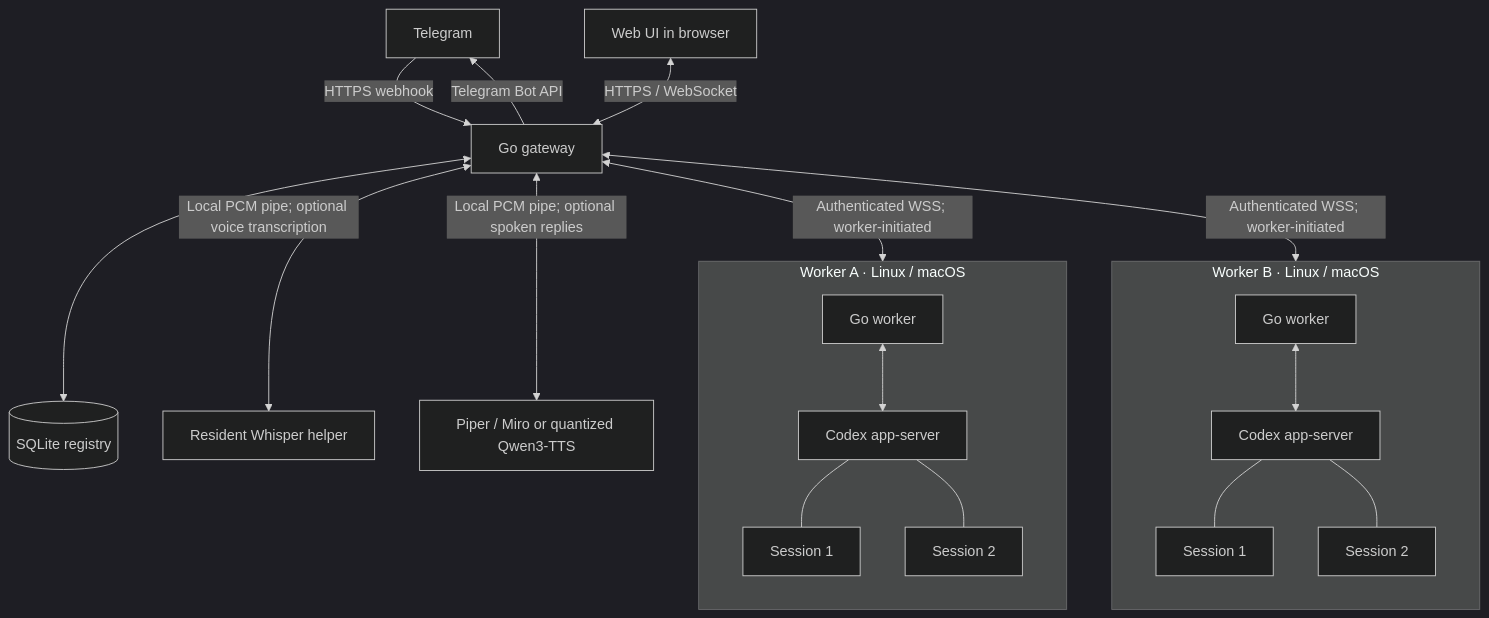
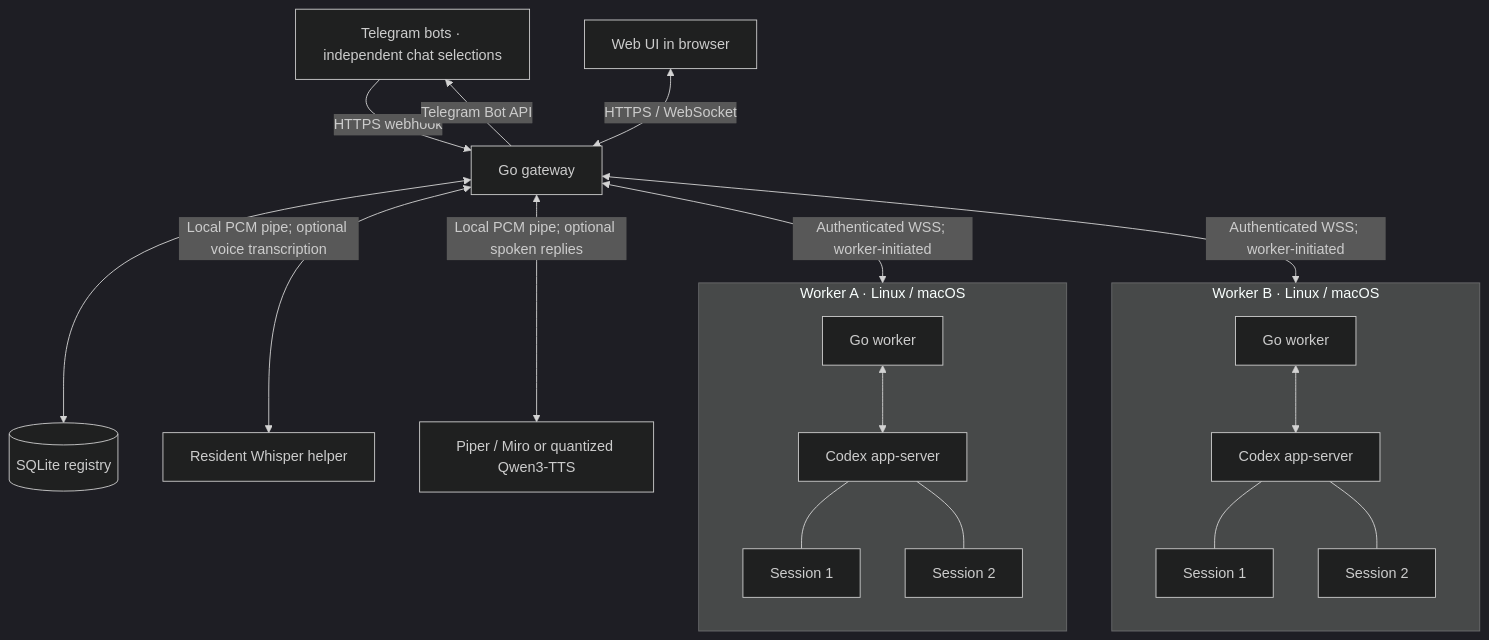
Before and after one commit to arizzi74/Codex-Telegram-Gateway: the diagram in README.md, drawn with Mermaid (dark theme). The commit also changed other lines of this file and 43 other files, not shown here.

Commit message:
Support connecting and creating multiple Telegram bots

````diff
--- a/README.md
+++ b/README.md
@@ -24,39 +29,39 @@
 ```mermaid
 flowchart TB
-  telegram["Telegram"]
+  telegram["Telegram bots · independent chat selections"]
   browser["Web UI in browser"]
   gateway["Go gateway"]
   registry[("SQLite registry")]
 
   telegram -->|"HTTPS webhook"| gateway
   gateway -->|"Telegram Bot API"| telegram
   browser <-->|"HTTPS / WebSocket"| gateway
   gateway <--> registry
   gateway <-->|"Local PCM pipe; optional voice transcription"| whisper["Resident Whisper helper"]
   gateway <-->|"Local PCM pipe; optional spoken replies"| speech["Piper / Miro or quantized Qwen3-TTS"]
 
   subgraph machine_a["Worker A · Linux / macOS"]
     direction TB
     worker_a["Go worker"]
     codex_a["Codex app-server"]
     session_a1["Session 1"]
     session_a2["Session 2"]
     worker_a <--> codex_a
     codex_a --- session_a1
     codex_a --- session_a2
   end
 
   subgraph machine_b["Worker B · Linux / macOS"]
     direction TB
     worker_b["Go worker"]
     codex_b["Codex app-server"]
     session_b1["Session 1"]
     session_b2["Session 2"]
     worker_b <--> codex_b
     codex_b --- session_b1
     codex_b --- session_b2
   end
 
   gateway <-->|"Authenticated WSS; worker-initiated"| machine_a
   gateway <-->|"Authenticated WSS; worker-initiated"| machine_b
 ```
````
